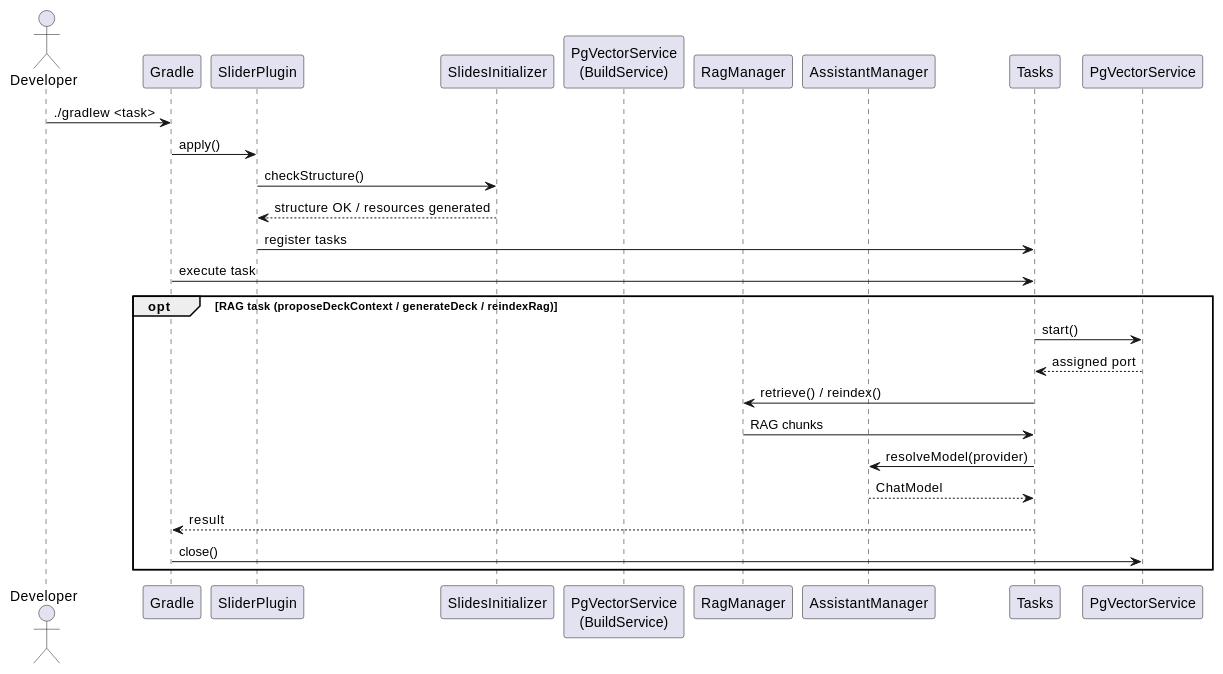
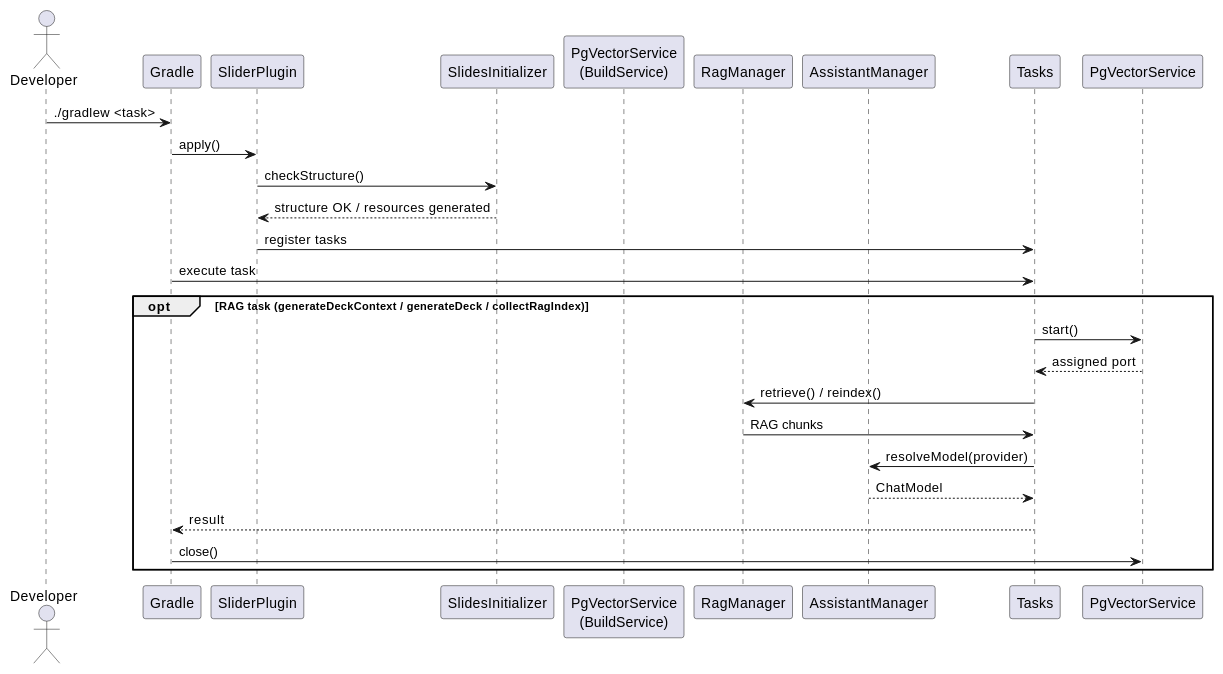
Before and after one commit to cheroliv/slider-gradle: the fourth of 10 diagrams in README_truth.adoc, drawn with PlantUML. The commit also changed other lines of this file and 13 other files, not shown here.

Commit message:
EPIC K K-1: renommage taxonomie (generateSlides, generateDashboard, deploySlides, generateCapsule, generateDeckContext, collectRagIndex) + groupes

```diff
--- a/README_truth.adoc
+++ b/README_truth.adoc
@@ -220,32 +220,32 @@
 [plantuml]
 ----
 @startuml
 actor Developer
 
 participant "Gradle" as Gradle
 participant "SliderPlugin"
 participant "SlidesInitializer"
 participant "PgVectorService\n(BuildService)"
 participant "RagManager"
 participant "AssistantManager"
 participant "Tasks"
 
 Developer -> Gradle : ./gradlew <task>
 Gradle -> SliderPlugin : apply()
 SliderPlugin -> SlidesInitializer : checkStructure()
 SlidesInitializer --> SliderPlugin : structure OK / resources generated
 SliderPlugin -> Tasks : register tasks
 Gradle -> Tasks : execute task
 
-opt RAG task (proposeDeckContext / generateDeck / reindexRag)
+opt RAG task (generateDeckContext / generateDeck / collectRagIndex)
   Tasks -> PgVectorService : start()
   PgVectorService --> Tasks : assigned port
   Tasks -> RagManager : retrieve() / reindex()
   RagManager -> Tasks : RAG chunks
   Tasks -> AssistantManager : resolveModel(provider)
   AssistantManager --> Tasks : ChatModel
   Tasks --> Gradle : result
   Gradle -> PgVectorService : close()
 end
 @enduml
 ----
```
